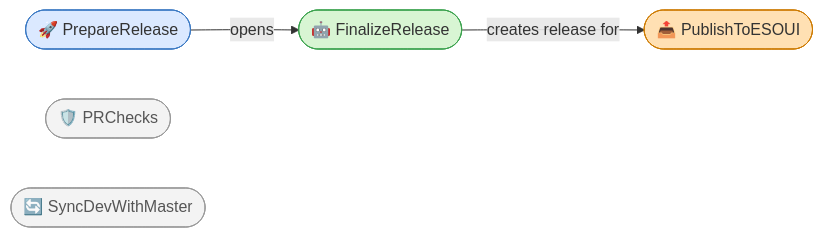
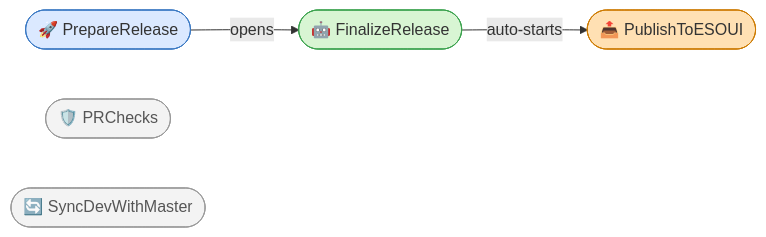
The first of 6 diagrams in docs/CONTRIBUTING.md (manavortex/FurnitureCatalogue), drawn with Mermaid before and after one commit. The commit also changed other lines of this file and 3 other files, not shown here.

````diff
--- a/docs/CONTRIBUTING.md
+++ b/docs/CONTRIBUTING.md
@@ -93,13 +93,13 @@
 ```mermaid
 flowchart LR
     B(["🚀 PrepareRelease"]) -- opens --> D(["🤖 FinalizeRelease"])
-    D -- creates release for --> F(["📤 PublishToESOUI"])
+    D -- auto-starts --> F(["📤 PublishToESOUI"])
 
     C(["🛡️ PRChecks"]):::aux
     S(["🔄 SyncDevWithMaster"]):::aux
 
     style B fill:#dbe9ff,stroke:#3a78c2
     style D fill:#d8f5d3,stroke:#3aa14d
     style F fill:#ffe0b3,stroke:#cc7a00
     classDef aux fill:#f3f3f3,stroke:#999,color:#555
 ```
````
